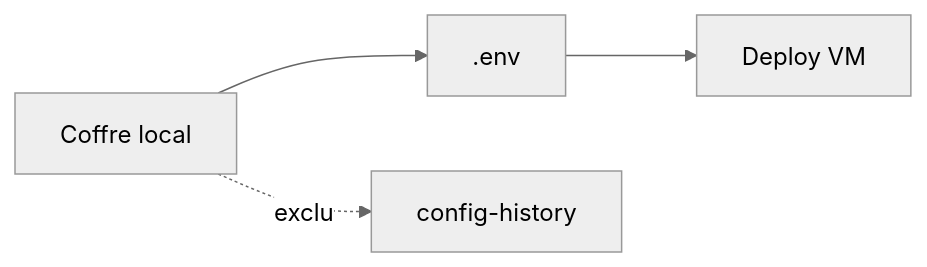
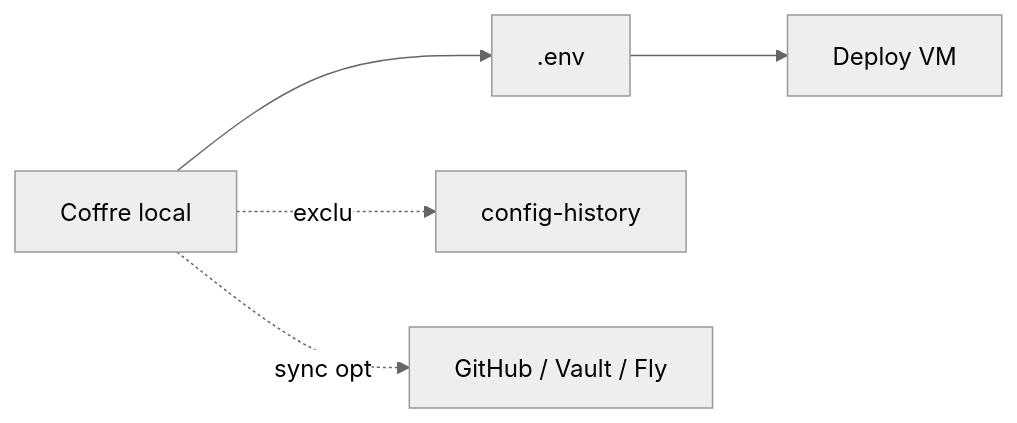
Before and after one commit to simondelamarre/bige-ops-releases: the diagram in docs/secrets.md, drawn with Mermaid (neutral theme). The commit also changed other lines of this file and 2 other files, not shown here.

Commit message:
Sync public landing and issue templates from monorepo.

````diff
--- a/docs/secrets.md
+++ b/docs/secrets.md
@@ -26,6 +37,7 @@
 ```mermaid
 flowchart LR
   V[Coffre local] --> E[.env]
   E --> D[Deploy VM]
   V -.exclu.-> G[config-history]
+  V -.sync opt.-> GH[GitHub / Vault / Fly]
 ```
````
